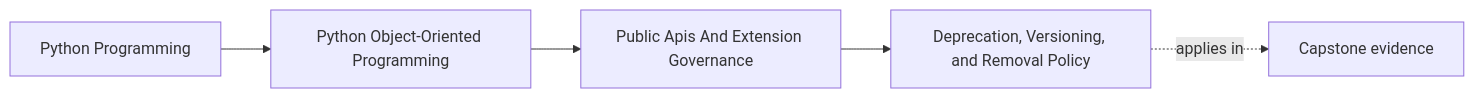
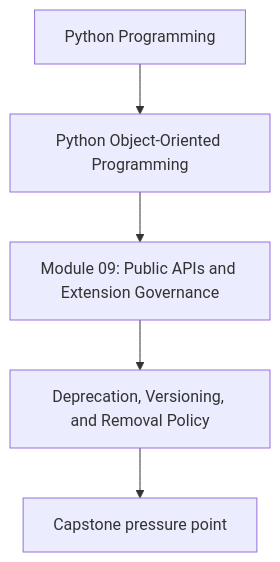
Before and after one commit to bijux/bijux-masterclass: the first of 2 diagrams in programs/python-programming/python-object-oriented-programming/course-book/module-09-public-apis-and-extension-governance/deprecation-versioning-and-removal-policy.md, drawn with Mermaid. The commit also changed other lines of this file and 107 other files, not shown here.

Commit message:
docs(python-object-oriented-programming): align concept page diagrams

````diff
--- a/programs/python-programming/python-object-oriented-programming/course-book/module-09-public-apis-and-extension-governance/deprecation-versioning-and-removal-policy.md
+++ b/programs/python-programming/python-object-oriented-programming/course-book/module-09-public-apis-and-extension-governance/deprecation-versioning-and-removal-policy.md
@@ -7,11 +7,7 @@
 ```mermaid
-graph LR
-  family["Python Programming"]
-  program["Python Object-Oriented Programming"]
-  section["Public Apis And Extension Governance"]
-  page["Deprecation, Versioning, and Removal Policy"]
-  capstone["Capstone evidence"]
-
-  family --> program --> section --> page
-  page -.applies in.-> capstone
+flowchart TD
+  family["Python Programming"] --> program["Python Object-Oriented Programming"]
+  program --> module["Module 09: Public APIs and Extension Governance"]
+  module --> concept["Deprecation, Versioning, and Removal Policy"]
+  concept --> capstone["Capstone pressure point"]
 ```
````
